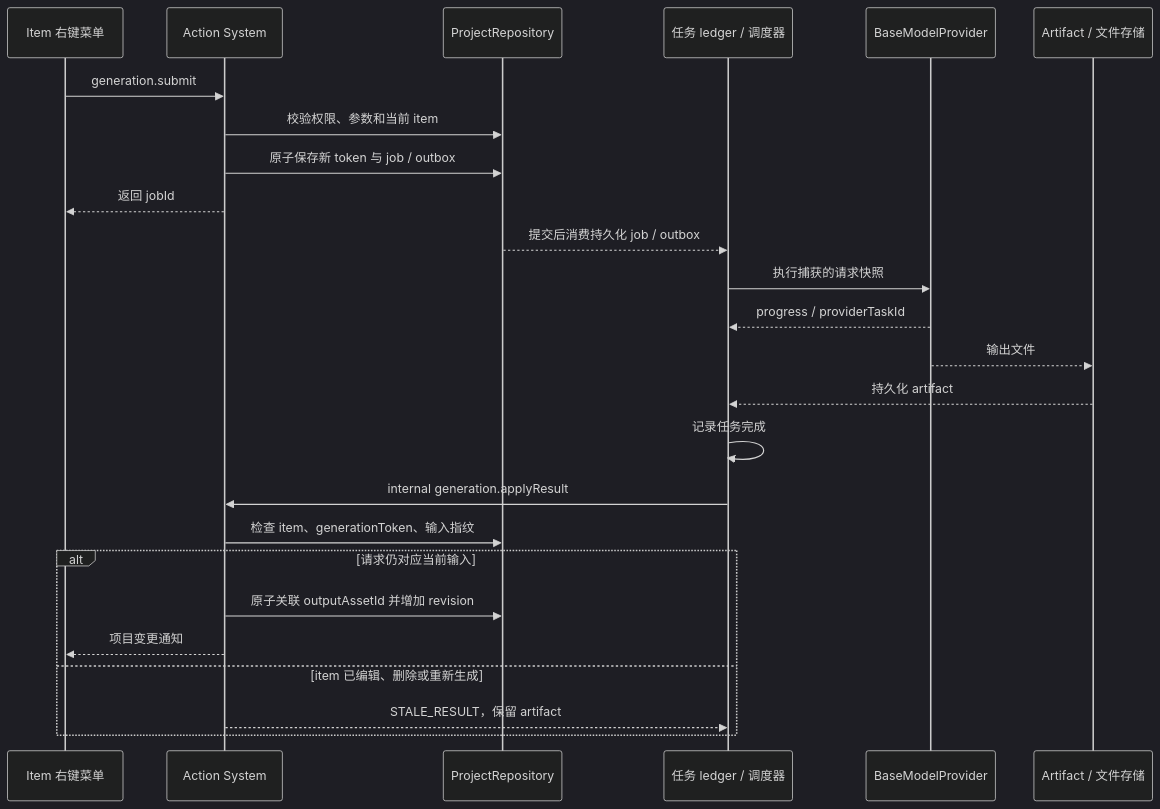
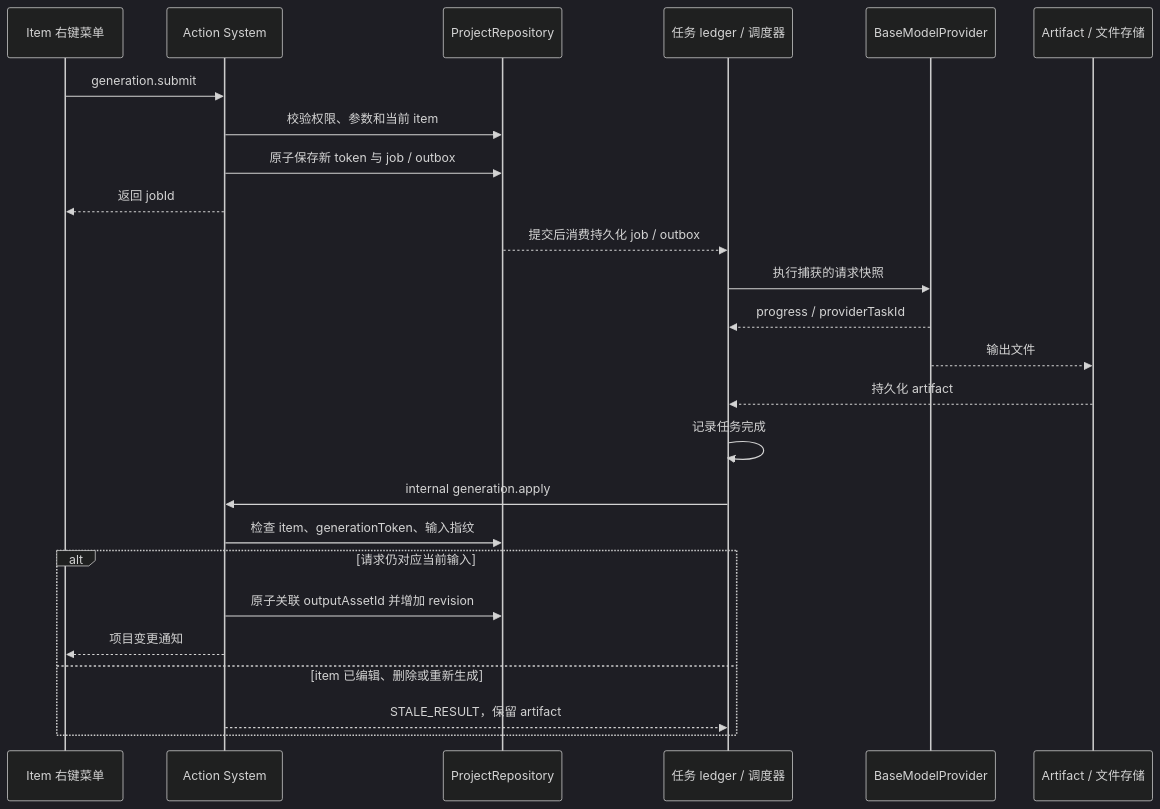
One commit to rhxsollieb-cloud/PIXEL changed the third of 3 diagrams in docs/core-architecture.zh-CN.md. Above: the diagram before and after it, drawn with Mermaid (dark theme). The commit also changed other lines of this file and 55 other files, not shown here.

Commit message:
Add visible model inputs, voice resources and layered timelines

````diff
--- a/docs/core-architecture.zh-CN.md
+++ b/docs/core-architecture.zh-CN.md
@@ -200,27 +222,27 @@
 ```mermaid
 sequenceDiagram
   participant UI as Item 右键菜单
   participant Exec as Action System
   participant Project as ProjectRepository
   participant Jobs as 任务 ledger / 调度器
   participant Provider as BaseModelProvider
   participant Files as Artifact / 文件存储
   UI->>Exec: generation.submit
   Exec->>Project: 校验权限、参数和当前 item
   Exec->>Project: 原子保存新 token 与 job / outbox
   Exec-->>UI: 返回 jobId
   Project-->>Jobs: 提交后消费持久化 job / outbox
   Jobs->>Provider: 执行捕获的请求快照
   Provider-->>Jobs: progress / providerTaskId
   Provider-->>Files: 输出文件
   Files-->>Jobs: 持久化 artifact
   Jobs->>Jobs: 记录任务完成
-  Jobs->>Exec: internal generation.applyResult
+  Jobs->>Exec: internal generation.apply
   Exec->>Project: 检查 item、generationToken、输入指纹
   alt 请求仍对应当前输入
     Exec->>Project: 原子关联 outputAssetId 并增加 revision
     Exec-->>UI: 项目变更通知
   else item 已编辑、删除或重新生成
     Exec-->>Jobs: STALE_RESULT，保留 artifact
   end
 ```
````
